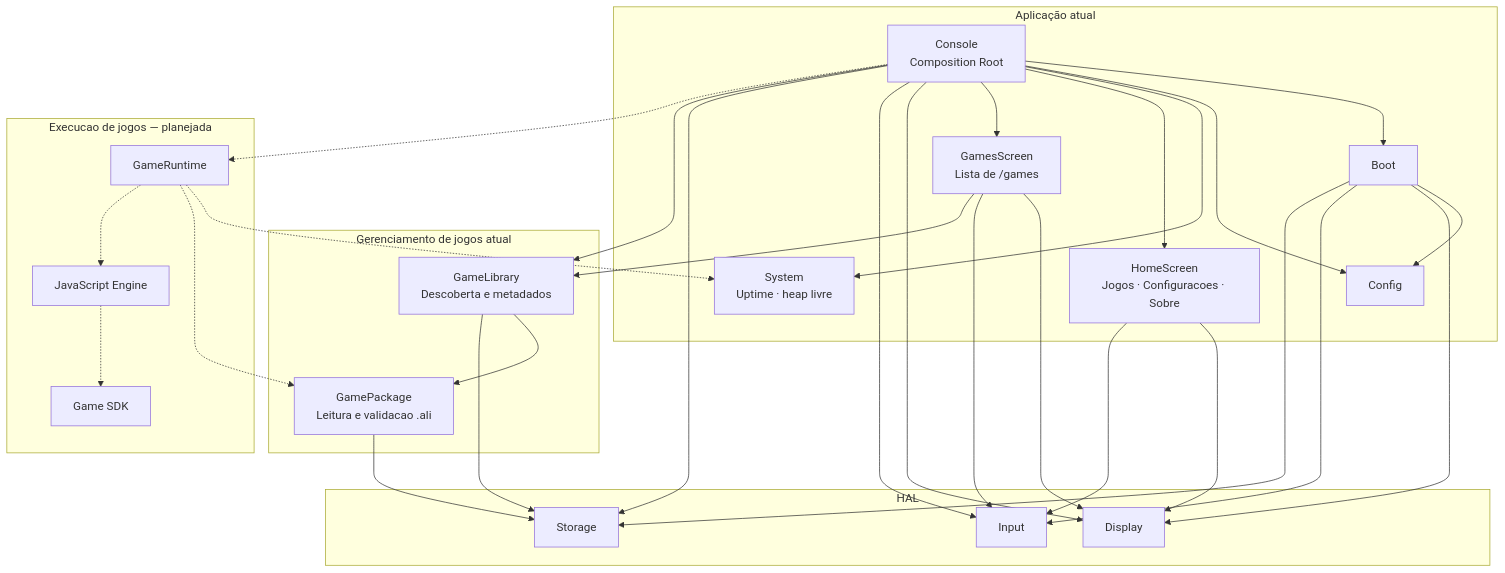
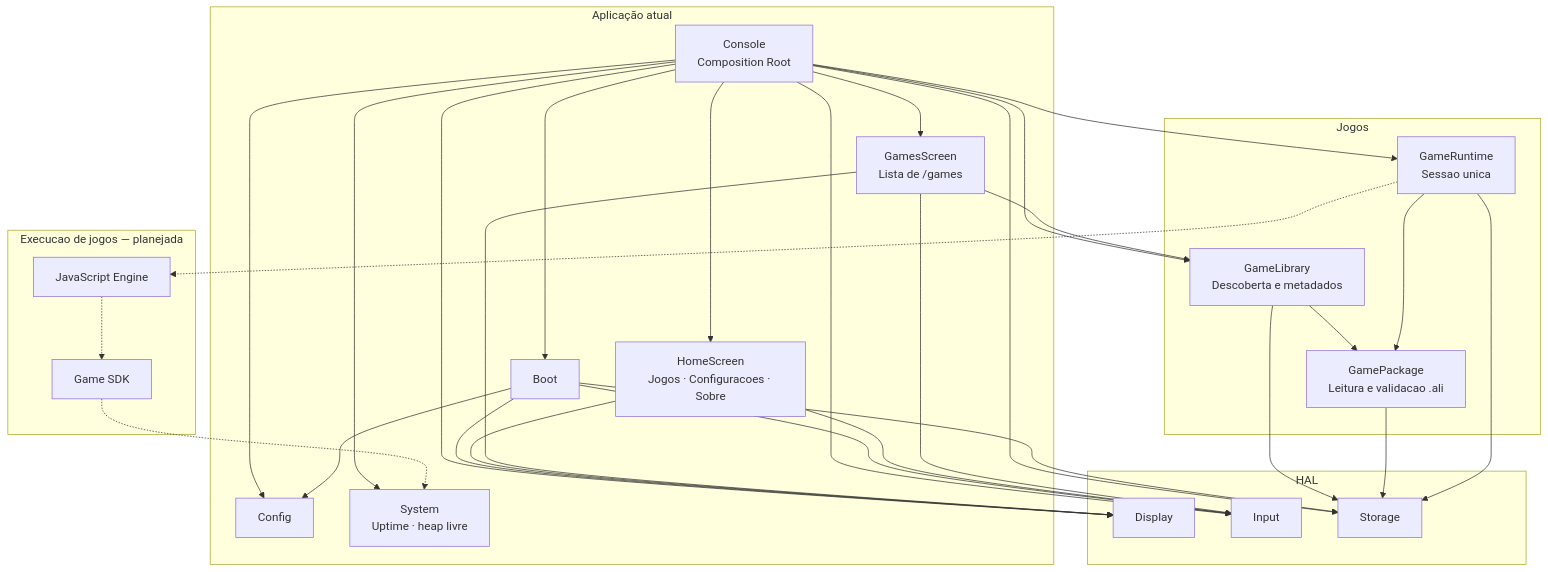
Before and after one commit to AlisonSimiao/micro-console: the first of 3 diagrams in README.md, drawn with Mermaid. The commit also changed other lines of this file and 2 other files, not shown here.

Commit message:
docs: alinha README e terminologia de exclusividade ao Runtime
- README deixa de dizer que a execução de jogos não está implementada:
  introdução, diagrama, árvore de diretórios e texto de operação passam
  a descrever o lifecycle do GameRuntime
- o diagrama move o Runtime para o grupo implementado, com Console e
  GamePackage como arestas sólidas, e liga o Game SDK ao System
- game-runtime.md troca "posse exclusiva de Input/Display" por
  exclusividade da sessão sobre a atualização de telas e o destino dos
  controles, deixando claro que o Runtime não acessa esses HALs
- AGENTS.md usa a mesma formulação

````diff
--- a/README.md
+++ b/README.md
@@ -30,57 +30,58 @@
 ```mermaid
 flowchart TB
     subgraph APP["Aplicação atual"]
         Console["Console<br/>Composition Root"]
         Boot["Boot"]
         Config["Config"]
         System["System<br/>Uptime · heap livre"]
         HomeScreen["HomeScreen<br/>Jogos · Configuracoes · Sobre"]
         GamesScreen["GamesScreen<br/>Lista de /games"]
     end
 
     subgraph HAL["HAL"]
         Display["Display"]
         Input["Input"]
         Storage["Storage"]
     end
 
-    subgraph GAMES["Gerenciamento de jogos atual"]
+    subgraph GAMES["Jogos"]
         Library["GameLibrary<br/>Descoberta e metadados"]
         Package["GamePackage<br/>Leitura e validacao .ali"]
+        Runtime["GameRuntime<br/>Sessao unica"]
     end
 
     subgraph FUTURE["Execucao de jogos — planejada"]
-        Runtime["GameRuntime"]
         Engine["JavaScript Engine"]
         SDK["Game SDK"]
     end
 
     Console --> Boot
     Console --> Config
     Console --> System
     Console --> HomeScreen
     Console --> GamesScreen
     Console --> Display
     Console --> Input
     Console --> Storage
     Console --> Library
 
     Boot --> Config
     Boot --> Display
     Boot --> Input
     Boot --> Storage
     HomeScreen --> Display
     HomeScreen --> Input
     GamesScreen --> Display
     GamesScreen --> Input
     GamesScreen --> Library
     Library --> Package
     Library --> Storage
     Package --> Storage
 
-    Console -.-> Runtime
-    Runtime -.-> System
-    Runtime -.-> Package
+    Console --> Runtime
+    Runtime --> Package
+    Runtime --> Storage
     Runtime -.-> Engine
     Engine -.-> SDK
+    SDK -.-> System
 ```
````
